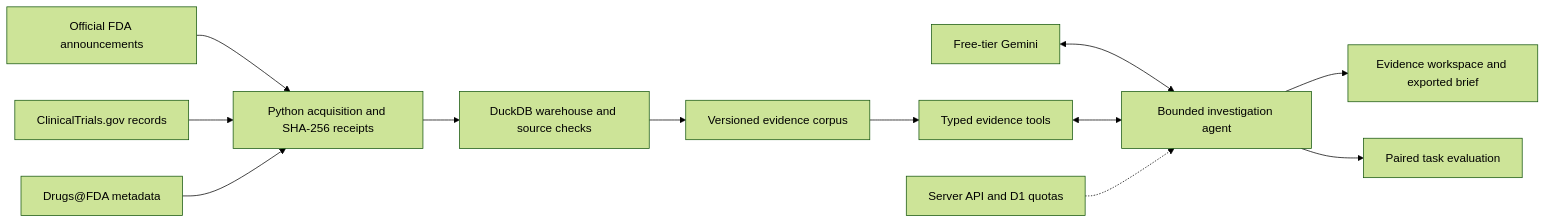
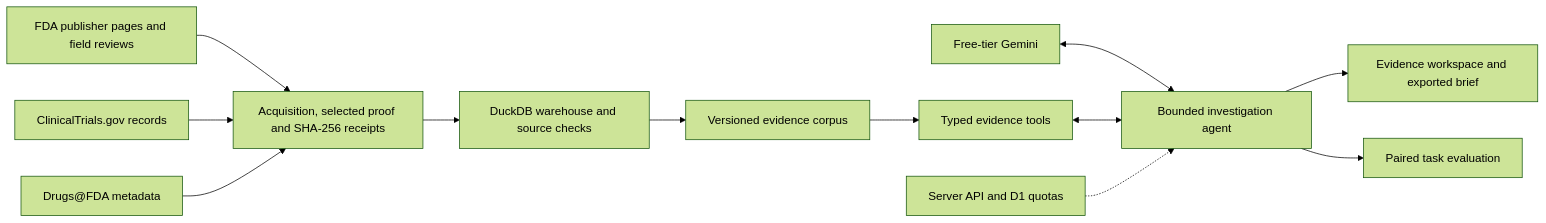
One commit to f20230125-sudo/-signaldesk-ai changed the diagram in docs/architecture.mmd. Above: the diagram before and after it, drawn with Mermaid (forest theme). The commit also changed 6 other files, not shown here.

```diff
--- a/docs/architecture.mmd
+++ b/docs/architecture.mmd
@@ -1,12 +1,12 @@
 flowchart LR
-    FDA["Official FDA announcements"] --> P["Python acquisition and SHA-256 receipts"]
+    FDA["FDA publisher pages and field reviews"] --> P["Acquisition, selected proof and SHA-256 receipts"]
     CT["ClinicalTrials.gov records"] --> P
     DF["Drugs@FDA metadata"] --> P
     P --> SQL["DuckDB warehouse and source checks"]
     SQL --> C["Versioned evidence corpus"]
     C --> T["Typed evidence tools"]
     G["Free-tier Gemini"] <--> A["Bounded investigation agent"]
     T <--> A
     Q["Server API and D1 quotas"] -.-> A
     A --> UI["Evidence workspace and exported brief"]
     A --> E["Paired task evaluation"]
```
